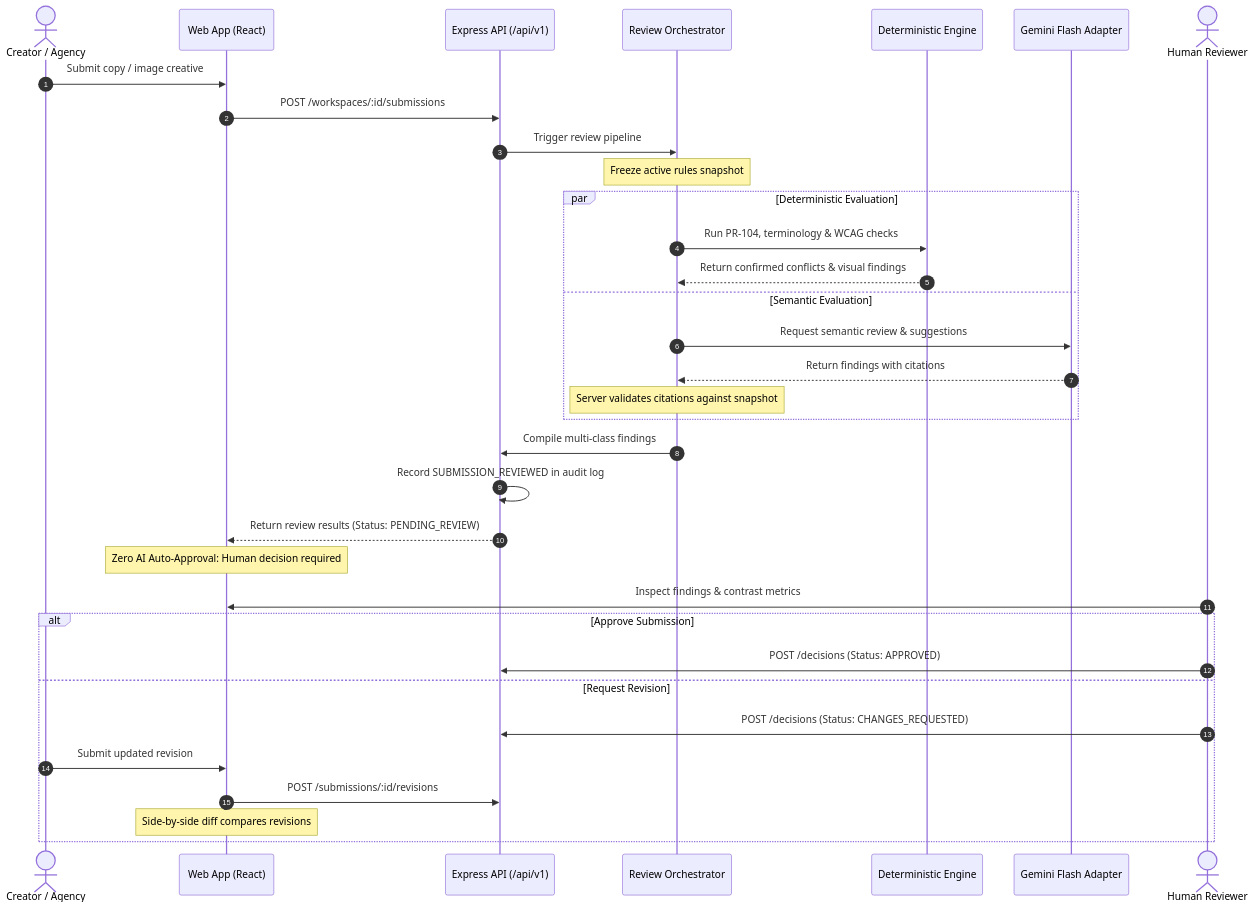
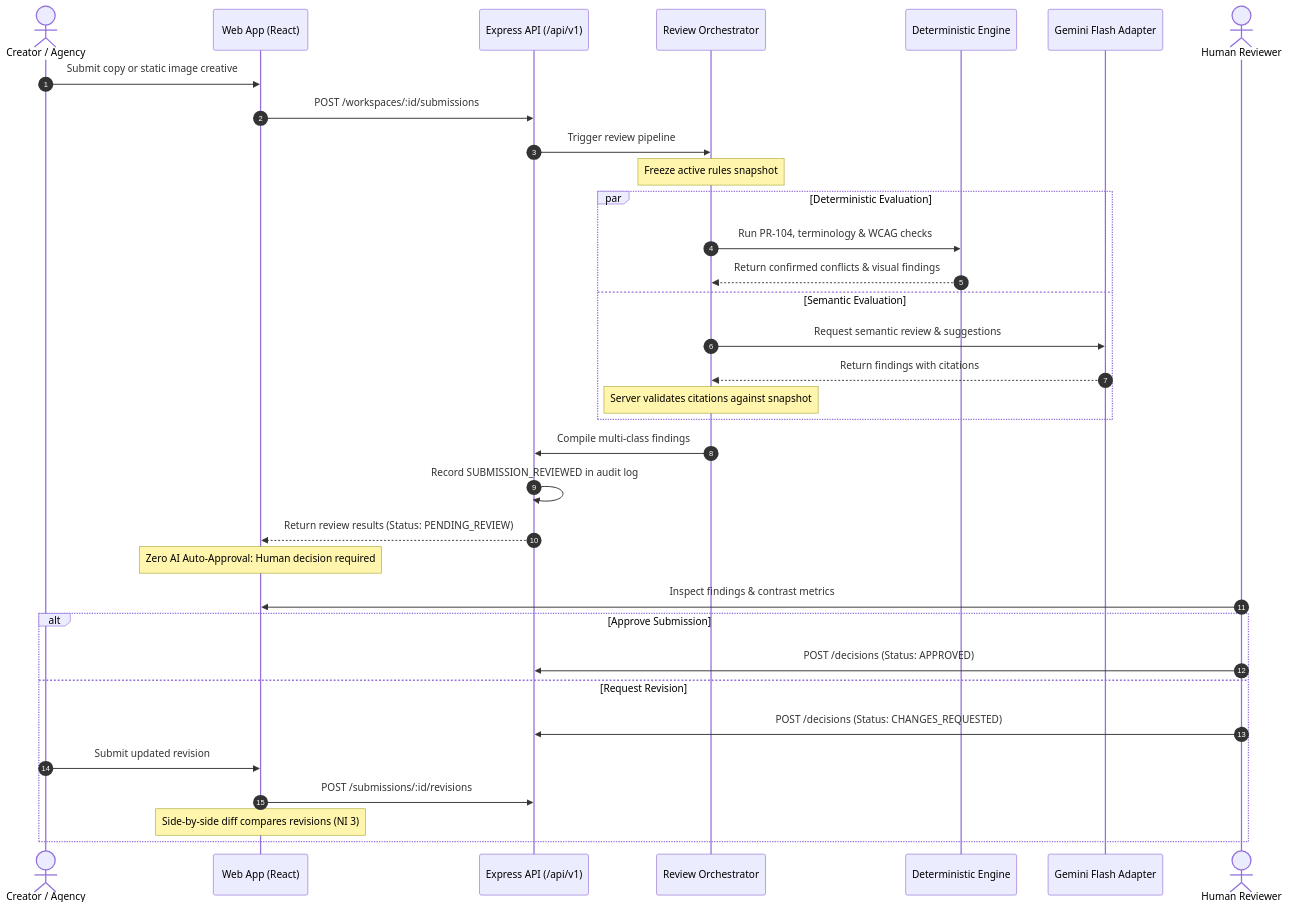
The second of 3 diagrams in README.md (rajat552/codex-48), drawn with Mermaid before and after one commit. The commit also changed other lines of this file, not shown here.

Commit message:
docs: modernize and professionalize README with architecture, benchmarks, and file tree

````diff
--- a/README.md
+++ b/README.md
@@ -243,37 +280,37 @@
 ```mermaid
 sequenceDiagram
     autonumber
     actor Creator as Creator / Agency
     participant Client as Web App (React)
     participant API as Express API (/api/v1)
     participant Orch as Review Orchestrator
     participant Det as Deterministic Engine
     participant AI as Gemini Flash Adapter
     actor Reviewer as Human Reviewer
 
-    Creator->>Client: Submit copy / image creative
+    Creator->>Client: Submit copy or static image creative
     Client->>API: POST /workspaces/:id/submissions
     API->>Orch: Trigger review pipeline
     Note over Orch: Freeze active rules snapshot
     par Deterministic Evaluation
         Orch->>Det: Run PR-104, terminology & WCAG checks
         Det-->>Orch: Return confirmed conflicts & visual findings
     and Semantic Evaluation
         Orch->>AI: Request semantic review & suggestions
         AI-->>Orch: Return findings with citations
         Note over Orch: Server validates citations against snapshot
     end
     Orch->>API: Compile multi-class findings
     API->>API: Record SUBMISSION_REVIEWED in audit log
     API-->>Client: Return review results (Status: PENDING_REVIEW)
     Note over Client: Zero AI Auto-Approval: Human decision required
     Reviewer->>Client: Inspect findings & contrast metrics
     alt Approve Submission
         Reviewer->>API: POST /decisions (Status: APPROVED)
     else Request Revision
         Reviewer->>API: POST /decisions (Status: CHANGES_REQUESTED)
         Creator->>Client: Submit updated revision
         Client->>API: POST /submissions/:id/revisions
-        Note over Client: Side-by-side diff compares revisions
+        Note over Client: Side-by-side diff compares revisions (NI 3)
     end
 ```
````
